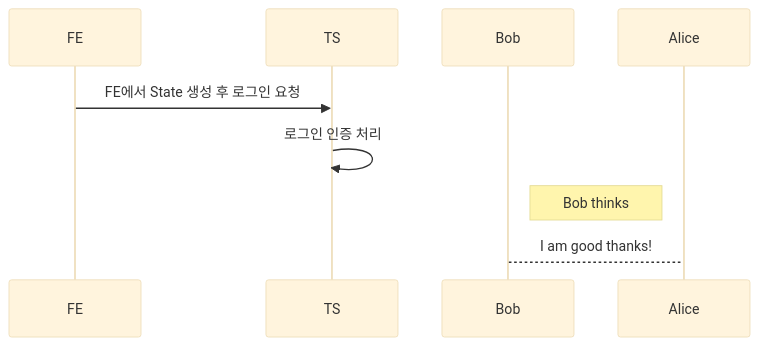
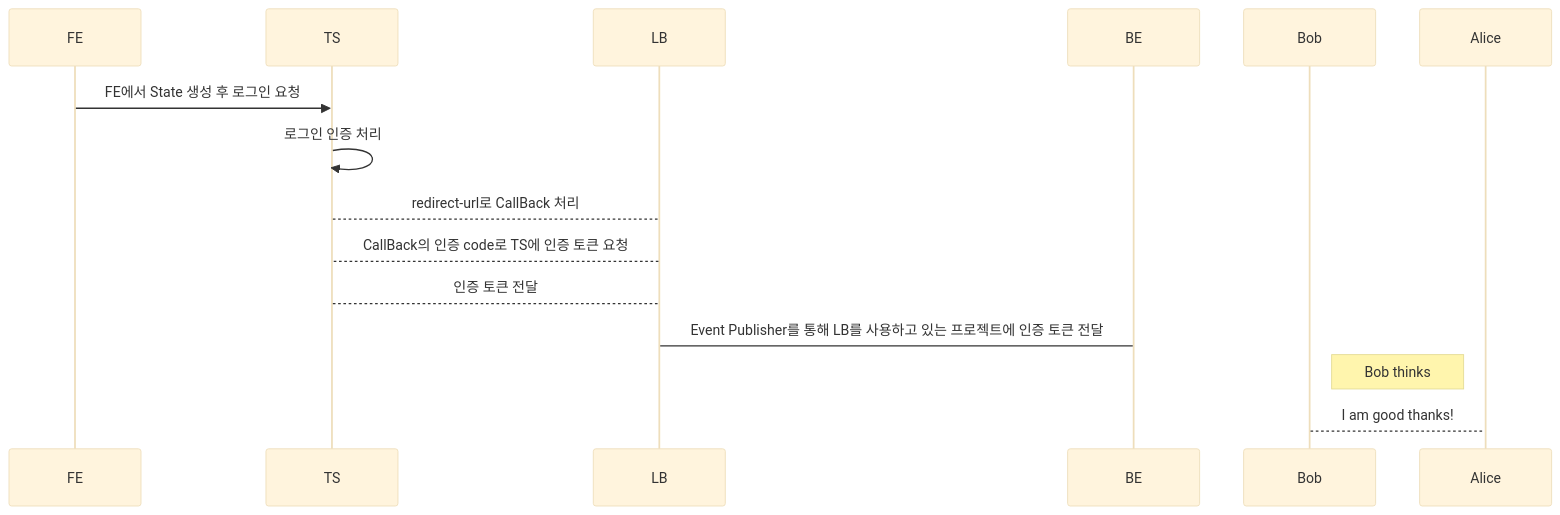
One commit to SpadeJJJ/oauth_rebuild changed the diagram in README.md. Above: the diagram before and after it, drawn with Mermaid (base theme).

````diff
--- a/README.md
+++ b/README.md
@@ -15,8 +15,12 @@
 ```mermaid
 sequenceDiagram
 FE ->> TS: FE에서 State 생성 후 로그인 요청
 TS ->> TS : 로그인 인증 처리
+TS --> LB : redirect-url로 CallBack 처리
+LB --> TS : CallBack의 인증 code로 TS에 인증 토큰 요청
+TS --> LB : 인증 토큰 전달
+LB -> BE : Event Publisher를 통해 LB를 사용하고 있는 프로젝트에 인증 토큰 전달
 
 Note right of Bob: Bob thinks
 Bob-->Alice: I am good thanks!
 ```
````
